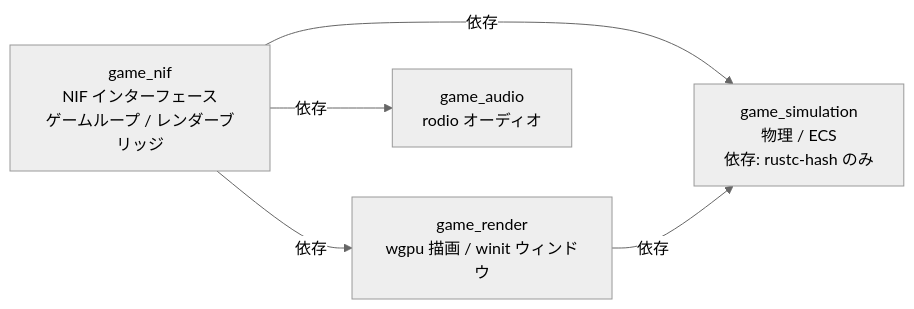
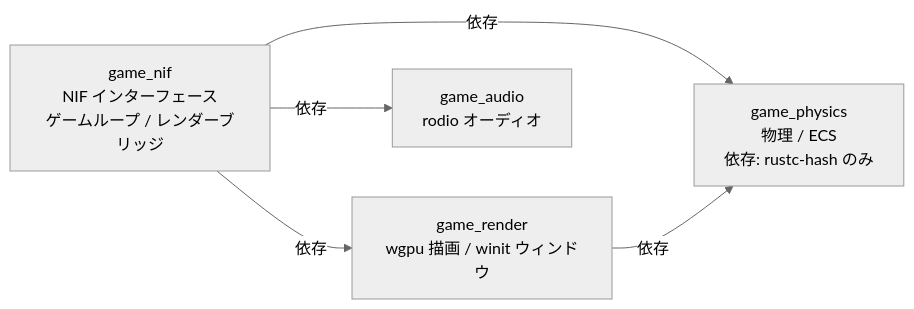
Before and after one commit to FRICK-ELDY/alchemy-engine: the first of 12 diagrams in docs/rust-layer.md, drawn with Mermaid (neutral theme). The commit also changed other lines of this file and 56 other files, not shown here.

Commit message:
refactor: rename game_simulation crate to game_physics

````diff
--- a/docs/rust-layer.md
+++ b/docs/rust-layer.md
@@ -11,12 +11,12 @@
 ```mermaid
 graph LR
     GN[game_nif<br/>NIF インターフェース<br/>ゲームループ / レンダーブリッジ]
-    GS[game_simulation<br/>物理 / ECS<br/>依存: rustc-hash のみ]
+    GS[game_physics<br/>物理 / ECS<br/>依存: rustc-hash のみ]
     GR[game_render<br/>wgpu 描画 / winit ウィンドウ]
     GA[game_audio<br/>rodio オーディオ]
 
     GN -->|依存| GS
     GN -->|依存| GR
     GN -->|依存| GA
     GR -->|依存| GS
 ```
````
